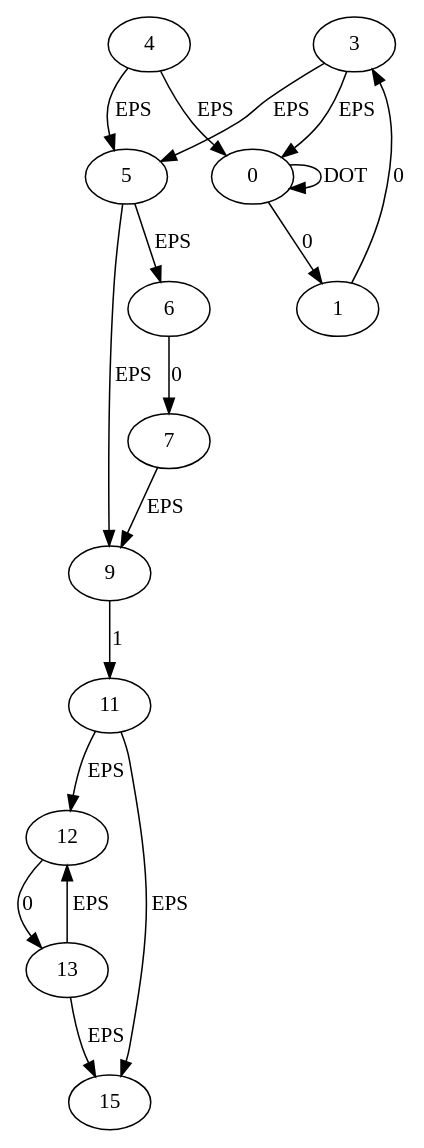
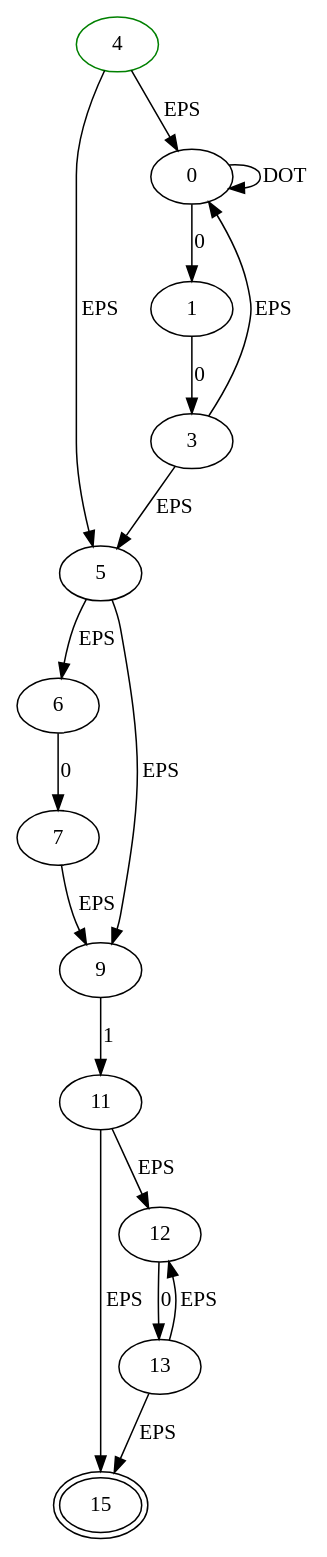
One commit to dsiragusa/grep changed the diagram in dot/thompson.dot. Above: the diagram before and after it, drawn with Graphviz. The commit also changed 6 other files, not shown here.

```diff
--- a/dot/thompson.dot
+++ b/dot/thompson.dot
@@ -1,19 +1,31 @@
 digraph nfa{
-12 -> 13 [label="0"];
+4 [color=green];
+4 -> 5 [label="EPS"];
+4 -> 0 [label="EPS"];
+15 [peripheries=2];
+6 [];
+6 -> 7 [label="0"];
+9 [];
+9 -> 11 [label="1"];
+7 [];
+7 -> 9 [label="EPS"];
+3 [];
+3 -> 0 [label="EPS"];
+3 -> 5 [label="EPS"];
+13 [];
+13 -> 12 [label="EPS"];
+13 -> 15 [label="EPS"];
+5 [];
+5 -> 6 [label="EPS"];
+5 -> 9 [label="EPS"];
+1 [];
 1 -> 3 [label="0"];
+11 [];
 11 -> 12 [label="EPS"];
 11 -> 15 [label="EPS"];
+12 [];
+12 -> 13 [label="0"];
+0 [];
 0 -> 1 [label="0"];
 0 -> 0 [label="DOT"];
-6 -> 7 [label="0"];
-7 -> 9 [label="EPS"];
-9 -> 11 [label="1"];
-3 -> 0 [label="EPS"];
-3 -> 5 [label="EPS"];
-5 -> 6 [label="EPS"];
-5 -> 9 [label="EPS"];
-13 -> 12 [label="EPS"];
-13 -> 15 [label="EPS"];
-4 -> 5 [label="EPS"];
-4 -> 0 [label="EPS"];
 }
```
